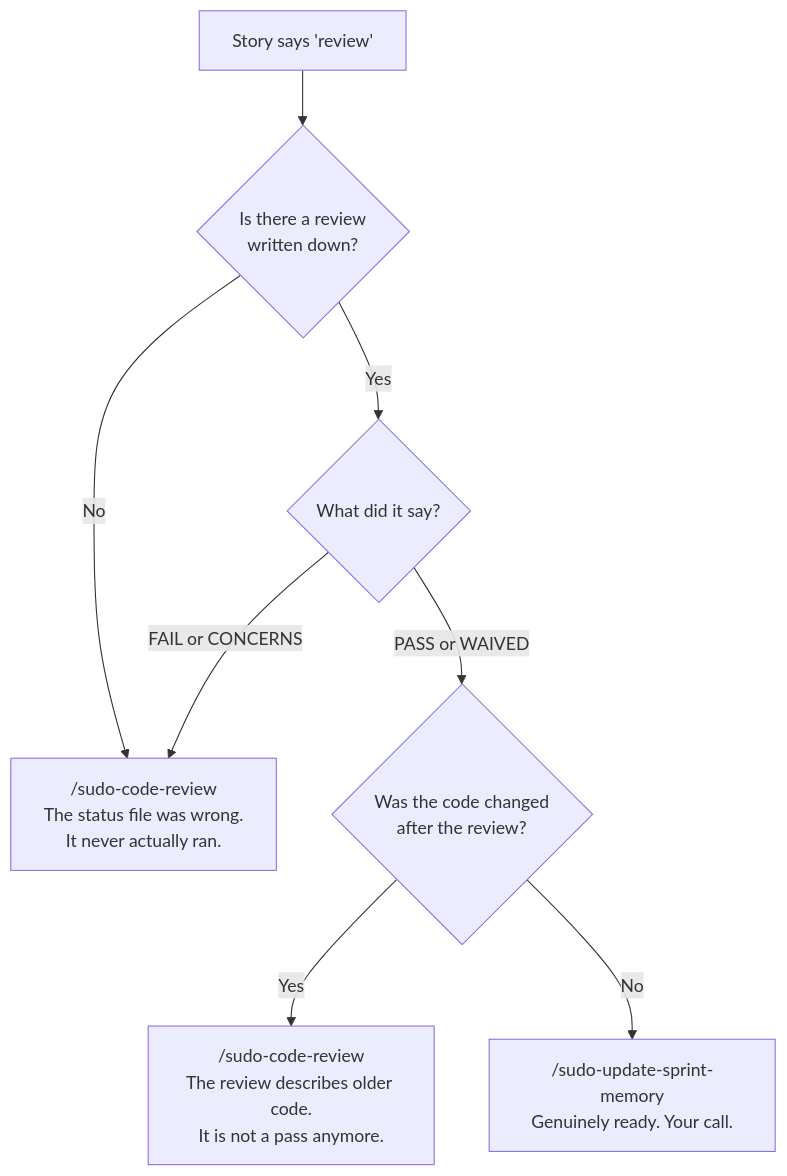
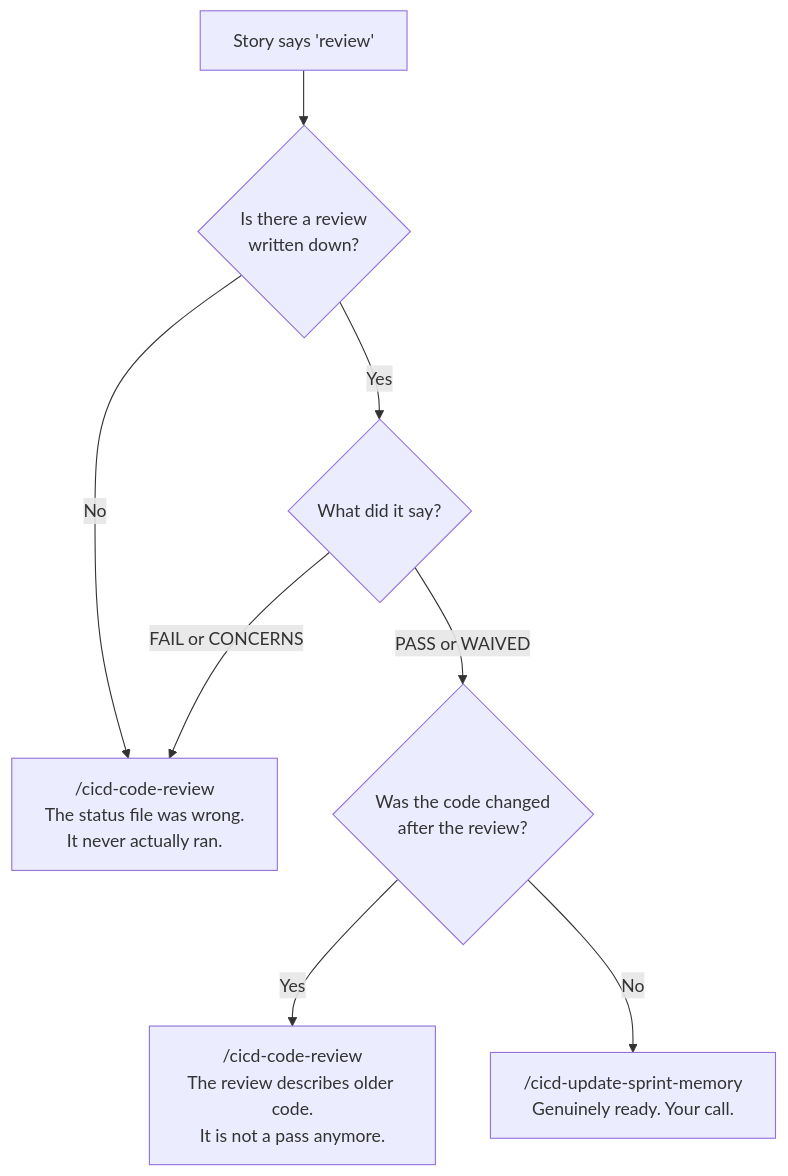
The fourth of 8 diagrams in _my_resources/_quick_reference/sudo_workflows_testing.md (sudomadhatter/Sudo_Hatter_Command), drawn with Mermaid before and after one commit. The commit also changed other lines of this file and 402 other files, not shown here.

````diff
--- a/_my_resources/_quick_reference/sudo_workflows_testing.md
+++ b/_my_resources/_quick_reference/sudo_workflows_testing.md
@@ -427,10 +428,10 @@
 ```mermaid
 flowchart TD
     START["Story says 'review'"] --> Q1{"Is there a review\nwritten down?"}
-    Q1 -- "No" --> RUN["/sudo-code-review\nThe status file was wrong.\nIt never actually ran."]
+    Q1 -- "No" --> RUN["/cicd-code-review\nThe status file was wrong.\nIt never actually ran."]
     Q1 -- "Yes" --> Q2{"What did it say?"}
     Q2 -- "FAIL or CONCERNS" --> RUN
     Q2 -- "PASS or WAIVED" --> Q3{"Was the code changed\nafter the review?"}
-    Q3 -- "Yes" --> RUN2["/sudo-code-review\nThe review describes older code.\nIt is not a pass anymore."]
-    Q3 -- "No" --> CLOSE["/sudo-update-sprint-memory\nGenuinely ready. Your call."]
+    Q3 -- "Yes" --> RUN2["/cicd-code-review\nThe review describes older code.\nIt is not a pass anymore."]
+    Q3 -- "No" --> CLOSE["/cicd-update-sprint-memory\nGenuinely ready. Your call."]
 ```
````
